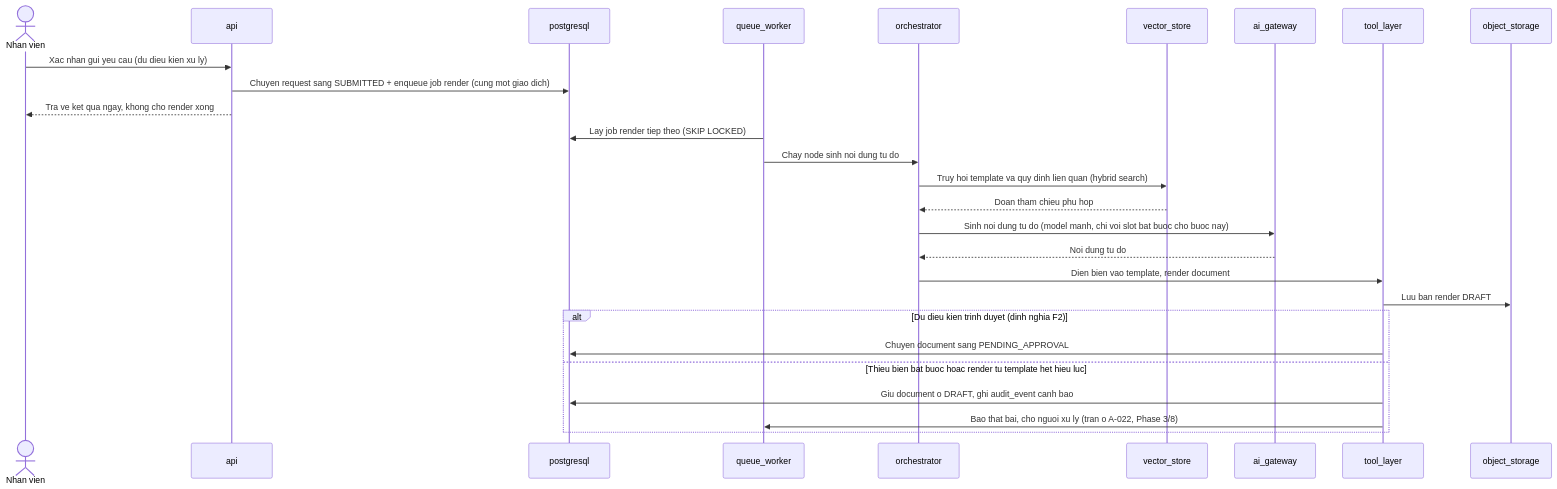
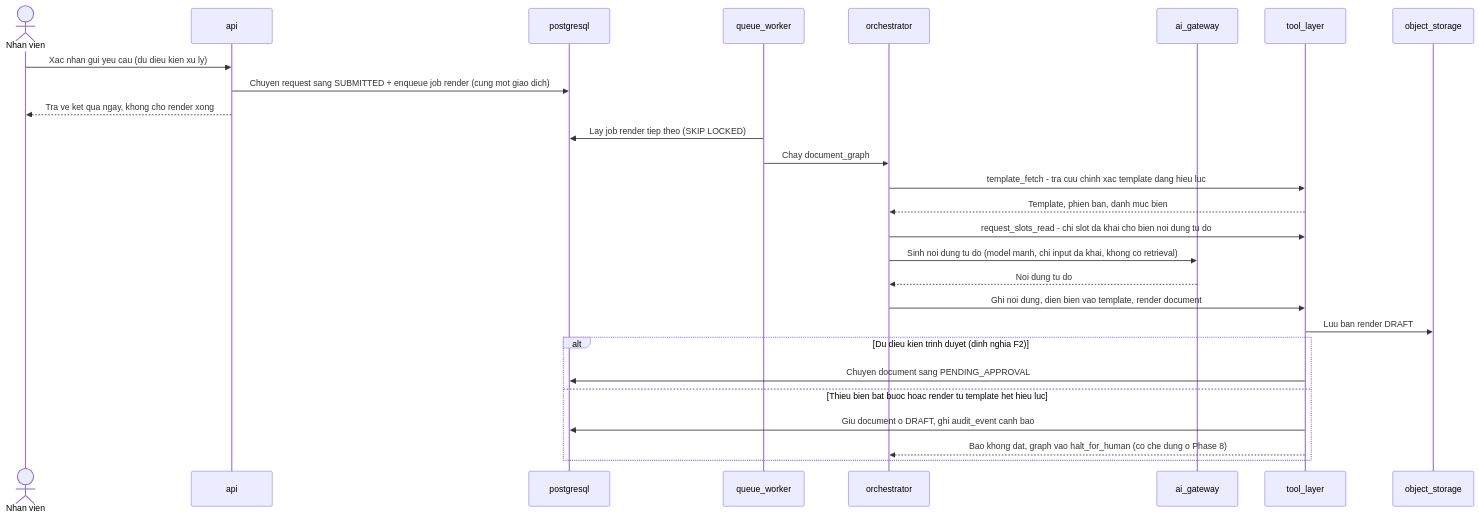
The seventh of 11 diagrams in docs/design/02-architecture.md (CongDuc02/AdminServiceDeskAgent), drawn with Mermaid before and after one commit. The commit also changed other lines of this file and 12 other files, not shown here.

````diff
--- a/docs/design/02-architecture.md
+++ b/docs/design/02-architecture.md
@@ -338,30 +345,30 @@
 ```mermaid
 sequenceDiagram
     actor NV as Nhan vien
     participant API as api
     participant DB as postgresql
     participant Worker as queue_worker
     participant ORC as orchestrator
-    participant VS as vector_store
     participant GW as ai_gateway
     participant TL as tool_layer
     participant OS as object_storage
 
     NV->>API: Xac nhan gui yeu cau (du dieu kien xu ly)
     API->>DB: Chuyen request sang SUBMITTED + enqueue job render (cung mot giao dich)
     API-->>NV: Tra ve ket qua ngay, khong cho render xong
     Worker->>DB: Lay job render tiep theo (SKIP LOCKED)
-    Worker->>ORC: Chay node sinh noi dung tu do
-    ORC->>VS: Truy hoi template va quy dinh lien quan (hybrid search)
-    VS-->>ORC: Doan tham chieu phu hop
-    ORC->>GW: Sinh noi dung tu do (model manh, chi voi slot bat buoc cho buoc nay)
+    Worker->>ORC: Chay document_graph
+    ORC->>TL: template_fetch - tra cuu chinh xac template dang hieu luc
+    TL-->>ORC: Template, phien ban, danh muc bien
+    ORC->>TL: request_slots_read - chi slot da khai cho bien noi dung tu do
+    ORC->>GW: Sinh noi dung tu do (model manh, chi input da khai, khong co retrieval)
     GW-->>ORC: Noi dung tu do
-    ORC->>TL: Dien bien vao template, render document
+    ORC->>TL: Ghi noi dung, dien bien vao template, render document
     TL->>OS: Luu ban render DRAFT
     alt Du dieu kien trinh duyet (dinh nghia F2)
         TL->>DB: Chuyen document sang PENDING_APPROVAL
     else Thieu bien bat buoc hoac render tu template het hieu luc
         TL->>DB: Giu document o DRAFT, ghi audit_event canh bao
-        TL->>Worker: Bao that bai, cho nguoi xu ly (tran o A-022, Phase 3/8)
+        TL-->>ORC: Bao khong dat, graph vao halt_for_human (co che dung o Phase 8)
     end
 ```
````
